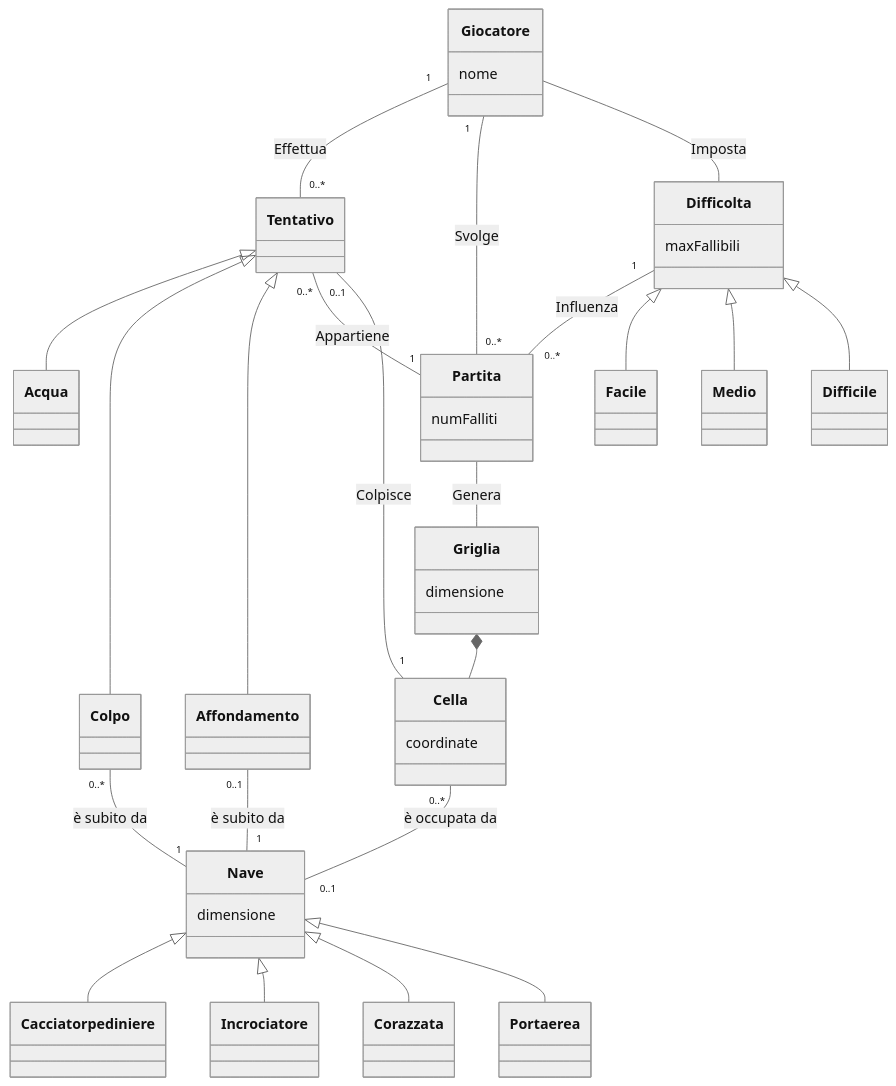
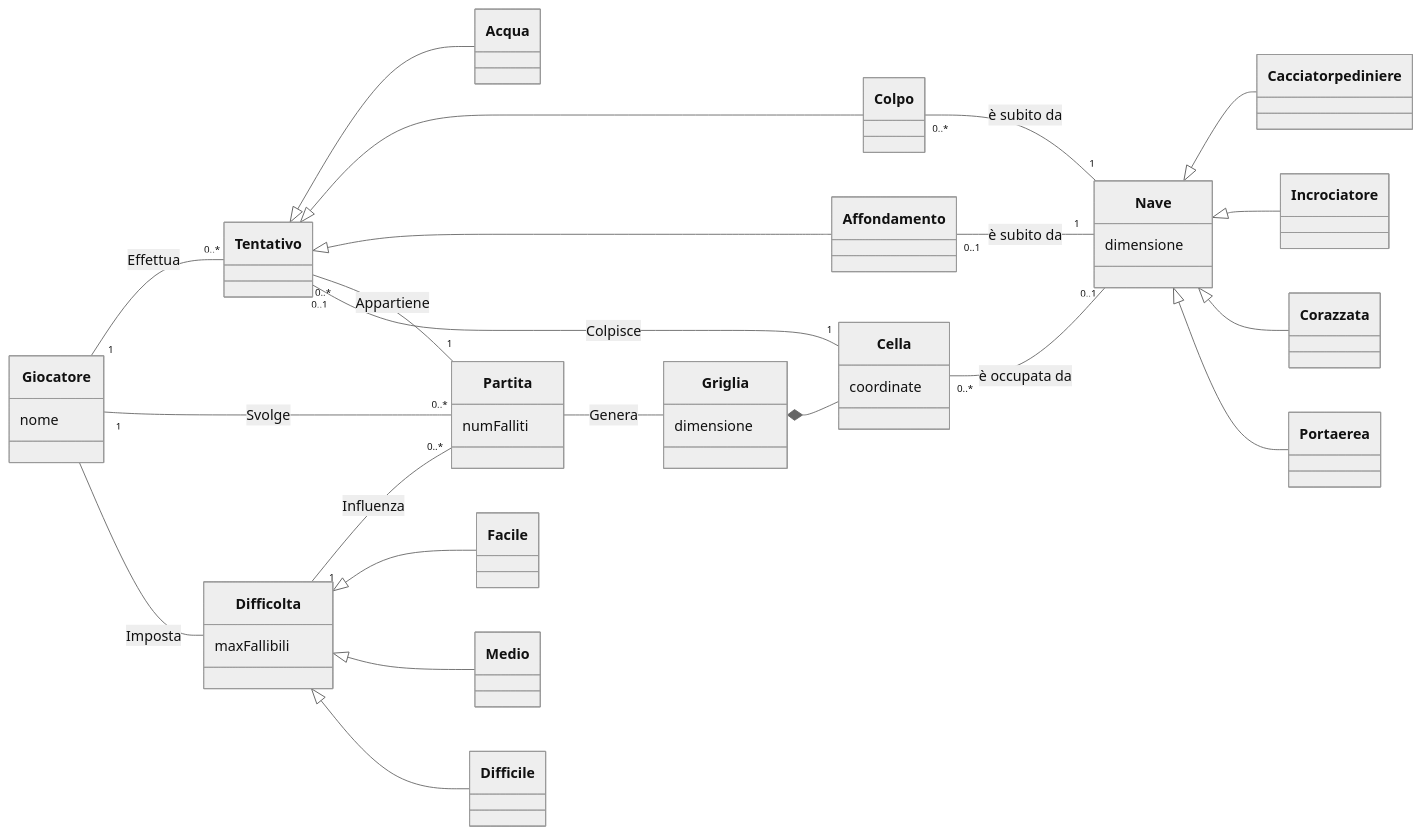
One commit to softeng2223-inf-uniba/progetto2223-thacker changed the diagram in docs/Report.md. Above: the diagram before and after it, drawn with Mermaid (neutral theme).

Commit message:
Cambiata direzione del diagramma in Left-Right

````diff
--- a/docs/Report.md
+++ b/docs/Report.md
@@ -7,57 +7,58 @@
 ```mermaid
     
     classDiagram
+        direction LR
             
         Giocatore "1" -- "0..*" Tentativo : Effettua
         Giocatore "1" -- "0..*" Partita : Svolge
         Giocatore -- Difficolta : Imposta
 
         Difficolta "1" -- "0..*" Partita : Influenza
         Difficolta <|-- Facile
         Difficolta <|-- Medio
         Difficolta <|-- Difficile 
 
         Nave <|-- Cacciatorpediniere
         Nave <|-- Incrociatore
         Nave <|-- Corazzata
         Nave <|-- Portaerea
         
         Tentativo <|-- Acqua
         Tentativo <|-- Colpo
         Tentativo <|-- Affondamento
         Tentativo "0..*" -- "1" Partita : Appartiene
         Tentativo "0..1" -- "1" Cella : Colpisce
 
         Griglia *-- Cella
         Partita -- Griglia : Genera
         Cella "0..*" -- "0..1" Nave : è occupata da
         Colpo "0..*" -- "1" Nave : è subito da
         Affondamento "0..1" -- "1" Nave : è subito da
 
 
         class Nave{
             dimensione
         }
 
         class Difficolta{
             maxFallibili
         }
 
         class Giocatore{
             nome
         }
 
         class Partita{
             numFalliti
         }
 
         class Cella{
             coordinate
         }
 
         class Griglia{
             dimensione
         }
-        
+
 
 ```
````
